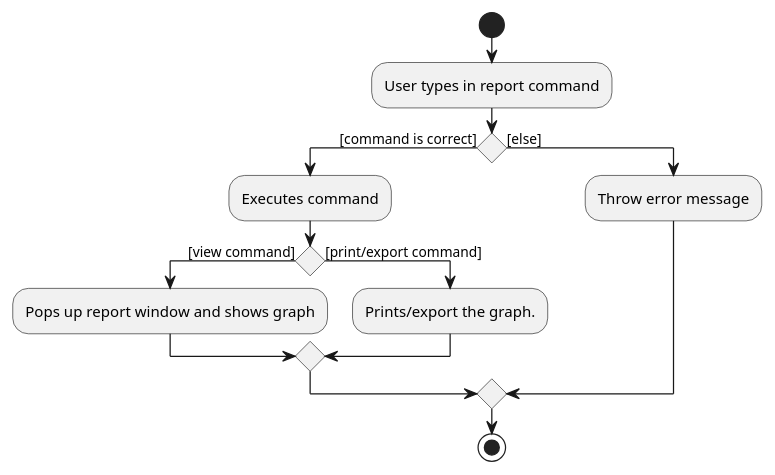
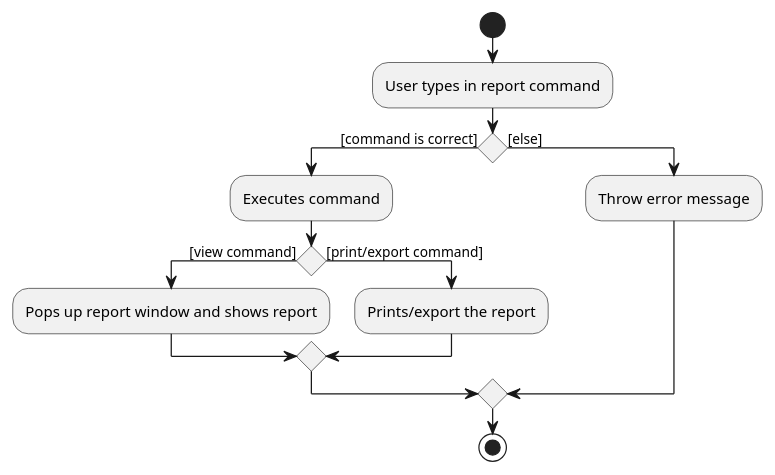
Before and after one commit to zwasd/main: the diagram in docs/diagrams/tracing/Report(MainWindow).puml, drawn with PlantUML. The commit also changed 3 other files, not shown here.

Commit message:
Correct activity diagram

```diff
--- a/docs/diagrams/tracing/Report(MainWindow).puml
+++ b/docs/diagrams/tracing/Report(MainWindow).puml
@@ -1,15 +1,15 @@
 @startuml
 start
 :User types in report command;
 if () then ([command is correct])
     :Executes command;
      if() then ([view command])
-     :Pops up report window and shows graph;
+     :Pops up report window and shows report;
      else ([print/export command])
-     :Prints/export the graph.;
+     :Prints/export the report;
      endif
 else ([else])
     :Throw error message;
 endif
 stop
 @enduml
```
